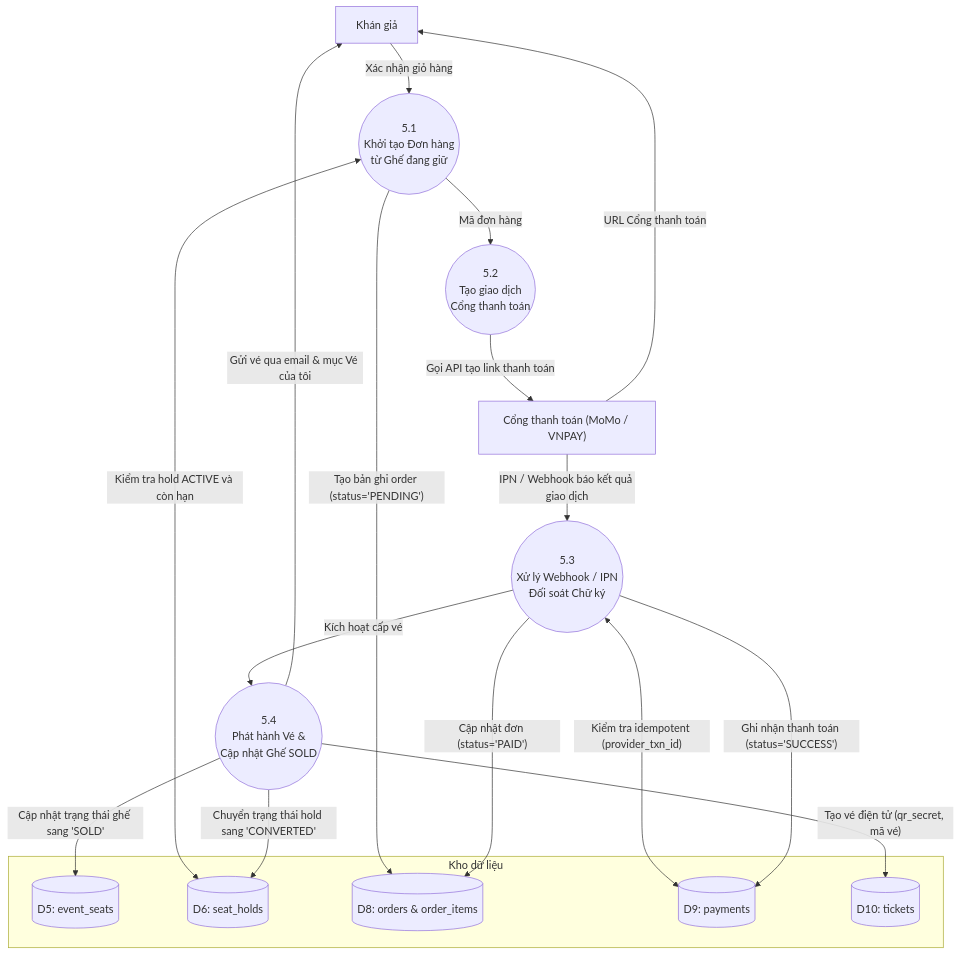
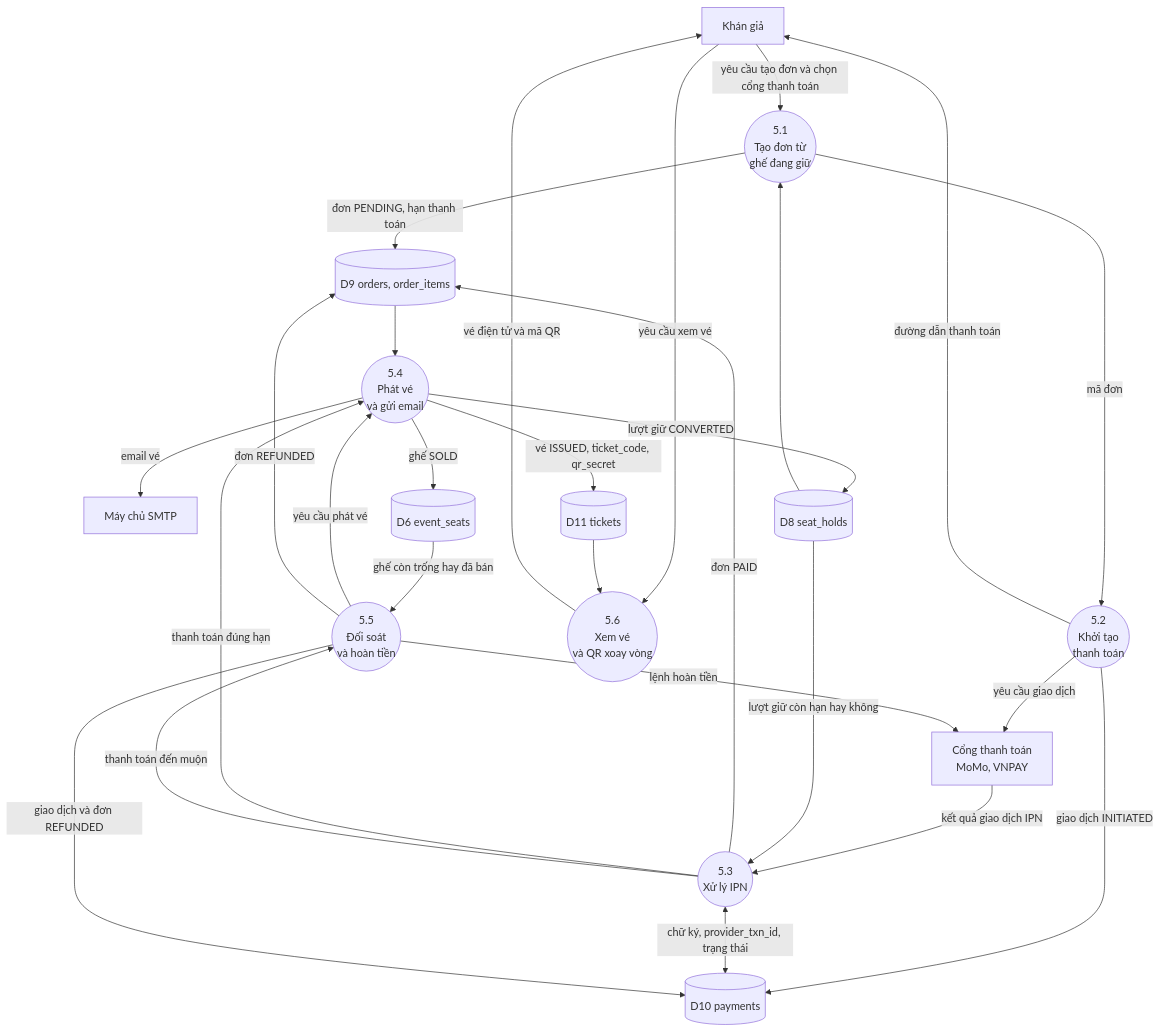
One commit to nhansp/COSH301 changed the fifth of 5 diagrams in docs/dfd.md. Above: the diagram before and after it, drawn with Mermaid. The commit also changed other lines of this file, not shown here.

First line of the commit message:
docs: Map DFD stores to real tables

````diff
--- a/docs/dfd.md
+++ b/docs/dfd.md
@@ -209,37 +319,51 @@
 ```mermaid
-flowchart TD
-    Customer["Khán giả"]
-    PaymentProvider["Cổng thanh toán (MoMo / VNPAY)"]
+flowchart TB
+    KG["Khán giả"]
+    PAY["Cổng thanh toán<br/>MoMo, VNPAY"]
+    SMTP["Máy chủ SMTP"]
 
-    subgraph DataStores["Kho dữ liệu"]
-        D5[("D5: event_seats")]
-        D6[("D6: seat_holds")]
-        D8[("D8: orders & order_items")]
-        D9[("D9: payments")]
-        D10[("D10: tickets")]
-    end
+    P51(("5.1<br/>Tạo đơn từ<br/>ghế đang giữ"))
+    P52(("5.2<br/>Khởi tạo<br/>thanh toán"))
+    P53(("5.3<br/>Xử lý IPN"))
+    P54(("5.4<br/>Phát vé<br/>và gửi email"))
+    P55(("5.5<br/>Đối soát<br/>và hoàn tiền"))
+    P56(("5.6<br/>Xem vé<br/>và QR xoay vòng"))
 
-    P51(("5.1<br/>Khởi tạo Đơn hàng<br/>từ Ghế đang giữ"))
-    P52(("5.2<br/>Tạo giao dịch<br/>Cổng thanh toán"))
-    P53(("5.3<br/>Xử lý Webhook / IPN<br/>Đối soát Chữ ký"))
-    P54(("5.4<br/>Phát hành Vé &<br/>Cập nhật Ghế SOLD"))
+    D6[("D6 event_seats")]
+    D8[("D8 seat_holds")]
+    D9[("D9 orders, order_items")]
+    D10[("D10 payments")]
+    D11[("D11 tickets")]
 
-    Customer -->|"Xác nhận giỏ hàng"| P51
-    P51 <-->|"Kiểm tra hold ACTIVE và còn hạn"| D6
-    P51 -->|"Tạo bản ghi order (status='PENDING')"| D8
-    P51 -->|"Mã đơn hàng"| P52
+    KG -->|"yêu cầu tạo đơn và chọn cổng thanh toán"| P51
+    D8 --> P51
+    P51 -->|"đơn PENDING, hạn thanh toán"| D9
+    P51 -->|"mã đơn"| P52
 
-    P52 -->|"Gọi API tạo link thanh toán"| PaymentProvider
-    PaymentProvider -->|"URL Cổng thanh toán"| Customer
+    P52 -->|"giao dịch INITIATED"| D10
+    P52 -->|"yêu cầu giao dịch"| PAY
+    P52 -->|"đường dẫn thanh toán"| KG
 
-    PaymentProvider -->|"IPN / Webhook báo kết quả giao dịch"| P53
-    P53 <-->|"Kiểm tra idempotent (provider_txn_id)"| D9
-    P53 -->|"Ghi nhận thanh toán (status='SUCCESS')"| D9
-    P53 -->|"Cập nhật đơn (status='PAID')"| D8
-    P53 -->|"Kích hoạt cấp vé"| P54
+    PAY -->|"kết quả giao dịch IPN"| P53
+    P53 <-->|"chữ ký, provider_txn_id, trạng thái"| D10
+    P53 -->|"đơn PAID"| D9
+    D8 -->|"lượt giữ còn hạn hay không"| P53
+    P53 -->|"thanh toán đúng hạn"| P54
+    P53 -->|"thanh toán đến muộn"| P55
 
-    P54 -->|"Tạo vé điện tử (qr_secret, mã vé)"| D10
-    P54 -->|"Cập nhật trạng thái ghế sang 'SOLD'"| D5
-    P54 -->|"Chuyển trạng thái hold sang 'CONVERTED'"| D6
-    P54 -->|"Gửi vé qua email & mục Vé của tôi"| Customer
+    D9 --> P54
+    P54 -->|"vé ISSUED, ticket_code, qr_secret"| D11
+    P54 -->|"ghế SOLD"| D6
+    P54 -->|"lượt giữ CONVERTED"| D8
+    P54 -->|"email vé"| SMTP
+
+    D6 -->|"ghế còn trống hay đã bán"| P55
+    P55 -->|"yêu cầu phát vé"| P54
+    P55 -->|"lệnh hoàn tiền"| PAY
+    P55 -->|"giao dịch và đơn REFUNDED"| D10
+    P55 -->|"đơn REFUNDED"| D9
+
+    KG -->|"yêu cầu xem vé"| P56
+    D11 --> P56
+    P56 -->|"vé điện tử và mã QR"| KG
 ```
````
